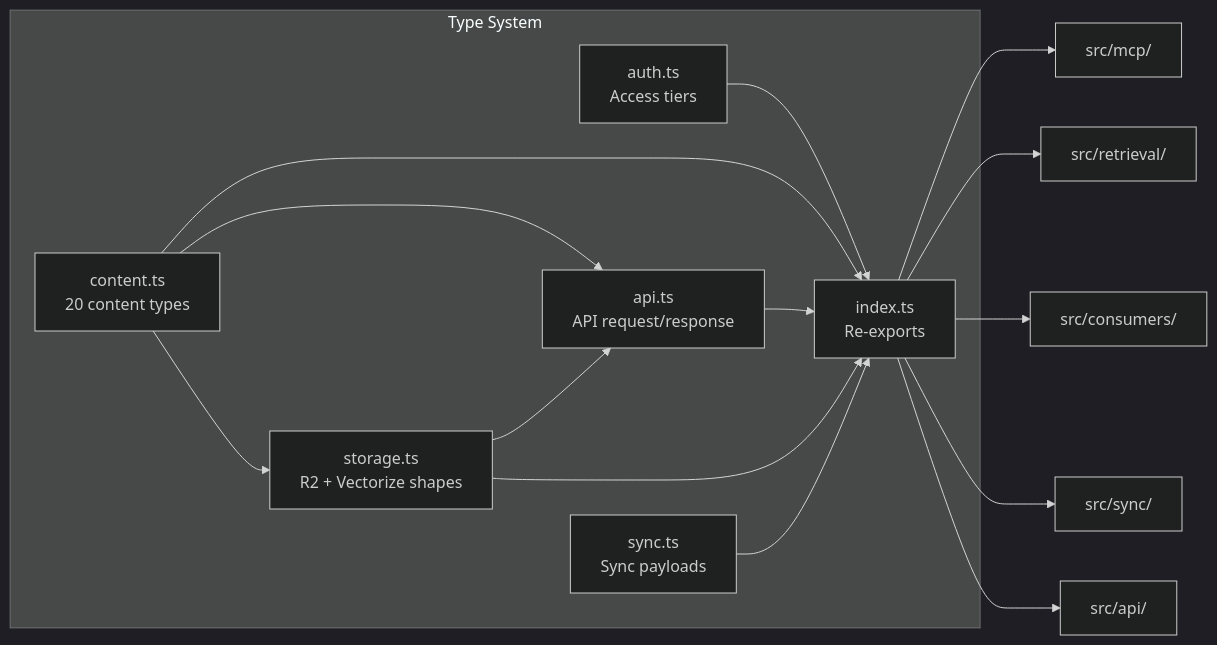
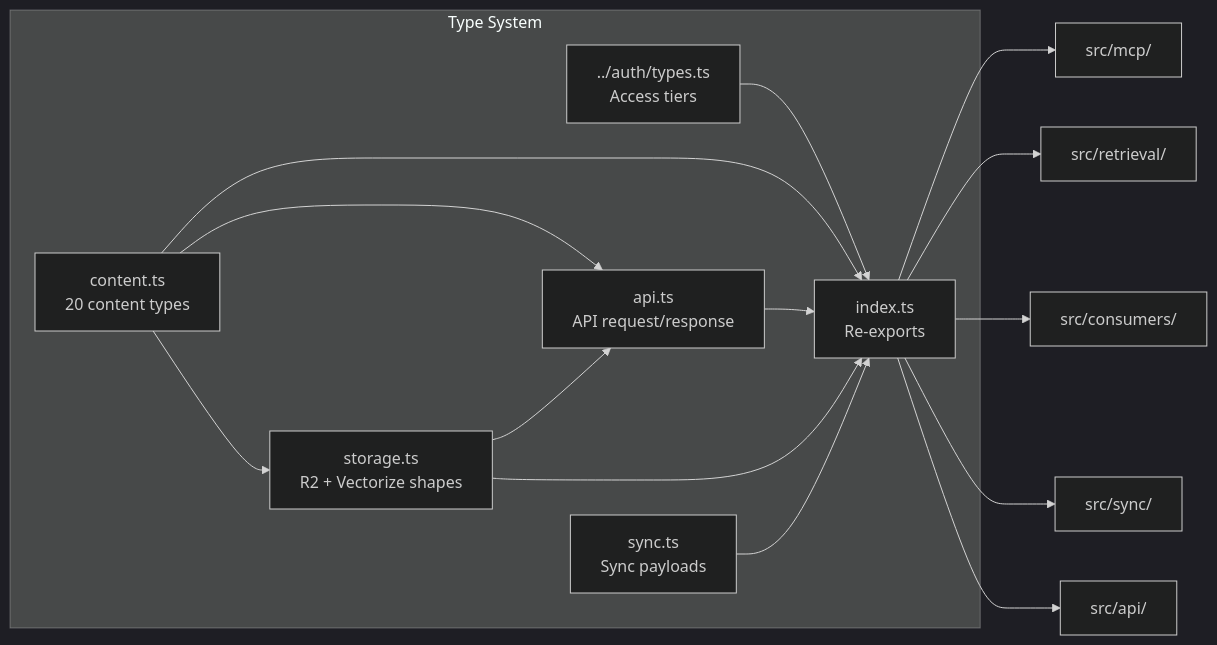
Before and after one commit to superbenefit/knowledge-server: the first of 2 diagrams in src/types/README.md, drawn with Mermaid (dark theme). The commit also changed other lines of this file and 5 other files, not shown here.

````diff
--- a/src/types/README.md
+++ b/src/types/README.md
@@ -23,26 +23,26 @@
 ```mermaid
 graph LR
     subgraph "Type System"
         content["content.ts<br/>20 content types"]
-        auth["auth.ts<br/>Access tiers"]
+        authtypes["../auth/types.ts<br/>Access tiers"]
         storage["storage.ts<br/>R2 + Vectorize shapes"]
         api["api.ts<br/>API request/response"]
         sync["sync.ts<br/>Sync payloads"]
         idx["index.ts<br/>Re-exports"]
     end
 
     content --> storage
     content --> api
     storage --> api
-    auth --> idx
+    authtypes --> idx
     content --> idx
     api --> idx
     storage --> idx
     sync --> idx
 
     idx --> mcp["src/mcp/"]
     idx --> retrieval["src/retrieval/"]
     idx --> consumers["src/consumers/"]
     idx --> syncmod["src/sync/"]
     idx --> apimod["src/api/"]
 ```
````
